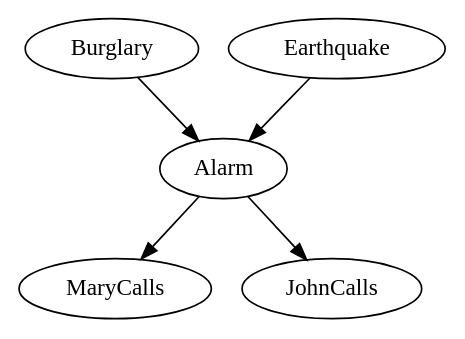
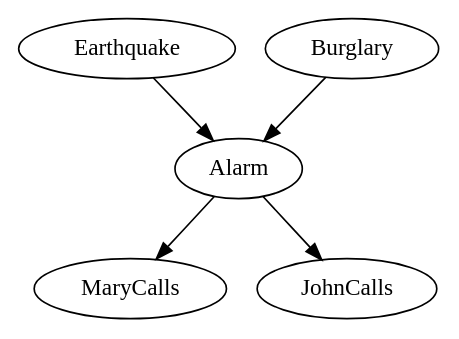
Before and after one commit to artiste-qb-net/quantum-fog: the diagram in examples_cbnets/earthquake.dot, drawn with Graphviz. The commit also changed other lines of this file and 66 other files, not shown here.

```diff
--- a/examples_cbnets/earthquake.dot
+++ b/examples_cbnets/earthquake.dot
@@ -1,11 +1,11 @@
 strict digraph "" {
+Earthquake;
 Burglary;
 MaryCalls;
+JohnCalls;
 Alarm;
-Earthquake;
-JohnCalls;
+Earthquake -> Alarm;
 Burglary -> Alarm;
+Alarm -> MaryCalls;
 Alarm -> JohnCalls;
-Alarm -> MaryCalls;
-Earthquake -> Alarm;
 }
```
